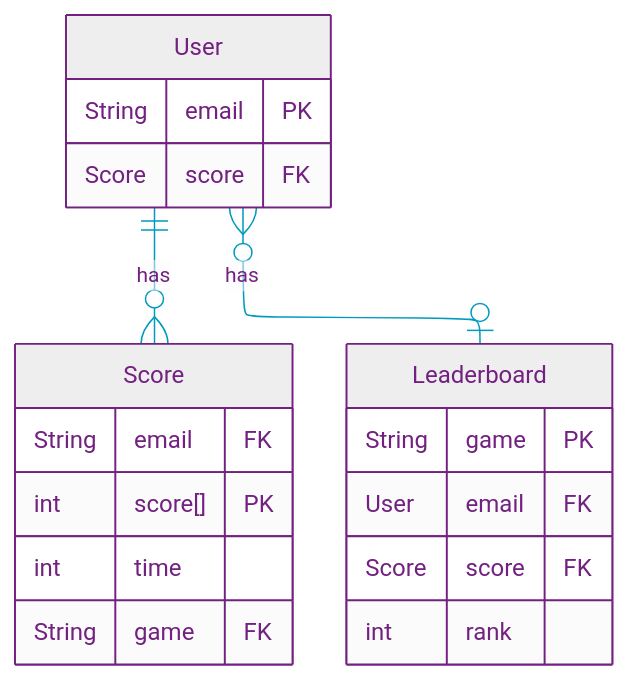
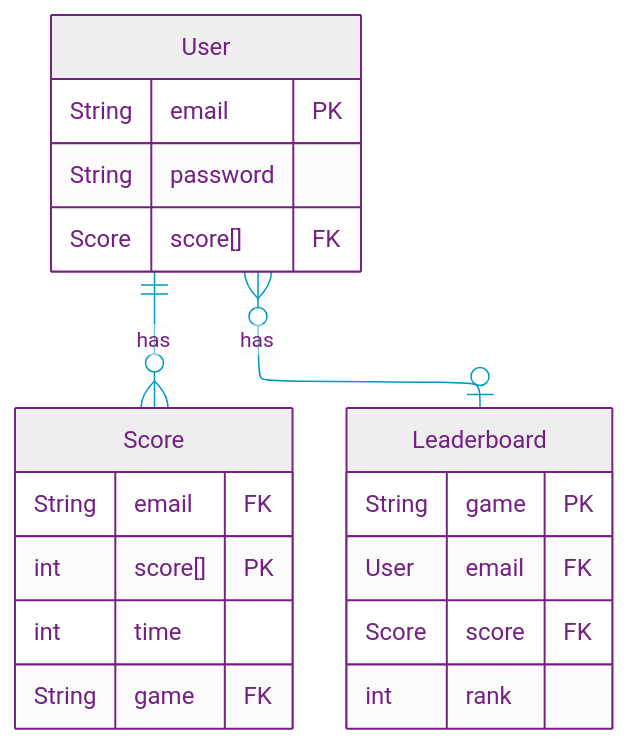
Before and after one commit to null-0ne/COSA-195-Gamehub: the diagram in uml/leaderboards/erd.md, drawn with Mermaid. The commit also changed other lines of this file, not shown here.

````diff
--- a/uml/leaderboards/erd.md
+++ b/uml/leaderboards/erd.md
@@ -2,35 +3,36 @@
 ```mermaid
 %%{init:{"securityLevel":"loose","layout":"elk","elk":{"nodePlacementStrategy":"NETWORK_SIMPLEX"},"theme":"base",
 "themeVariables":{"primaryColor":"#EEE","primaryTextColor":"#732181","primaryBorderColor":"#732181","lineColor":"#009ABE","noteBorderColor":"#732181","noteBkgColor":"#F38A00","activationBkgColor":"#F38A00"    }
 }}%%
 %%----------------------- MERMAID MARKUP BELOW --------------------%%
 erDiagram
     Score {
-      String email FK 
+      String email FK
       int score[] PK
-      int time 
+      int time
       String game FK
     }
 
     Leaderboard {
       String game PK
       User email FK
-      Score score FK 
+      Score score FK
       int rank
     }
 
     User{
         String email PK
-        Score score FK
+        String password
+        Score score[] FK
     }
 
 
 
     %% Relationships
     User }o--o| Leaderboard : "has"
     User ||--o{ Score : "has"
 
 
 
-%%----------------------- MERMAID MARKUP ABOVE --------------------%%    
+%%----------------------- MERMAID MARKUP ABOVE --------------------%%
 ```
````
